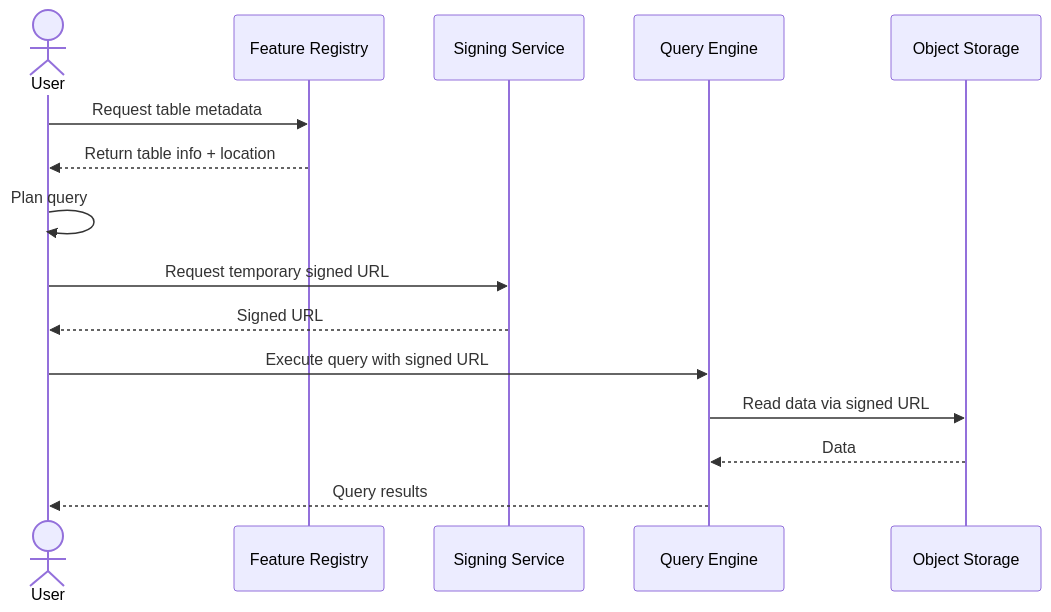
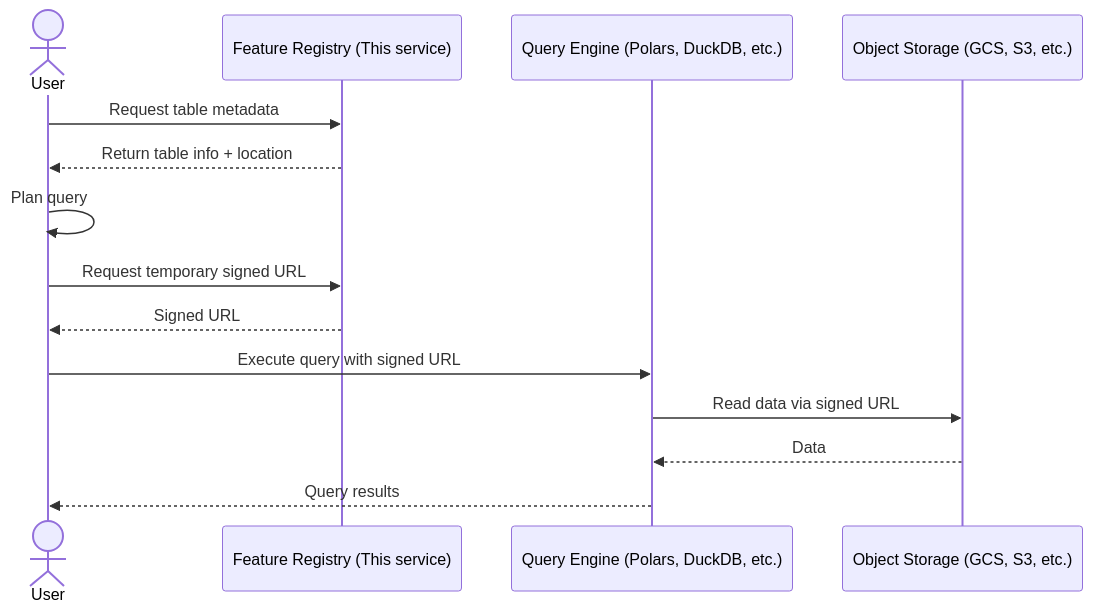
One commit to bdpedigo/registry changed the second of 2 diagrams in README.md. Above: the diagram before and after it, drawn with Mermaid. The commit also changed other lines of this file, not shown here.

````diff
--- a/README.md
+++ b/README.md
@@ -101,18 +111,17 @@
 ```mermaid
 sequenceDiagram
    actor User
-   participant Registry as Feature Registry
-   participant Signer as Signing Service
-   participant Engine as Query Engine
-   participant Storage as Object Storage
+   participant Registry as Feature Registry (This service)
+   participant Engine as Query Engine (Polars, DuckDB, etc.)
+   participant Storage as Object Storage (GCS, S3, etc.)
 
    User->>Registry: Request table metadata
    Registry-->>User: Return table info + location
    User->>User: Plan query
-   User->>Signer: Request temporary signed URL
-   Signer-->>User: Signed URL
+  User->>Registry: Request temporary signed URL
+  Registry-->>User: Signed URL
    User->>Engine: Execute query with signed URL
    Engine->>Storage: Read data via signed URL
    Storage-->>Engine: Data
    Engine-->>User: Query results
 ```
````
